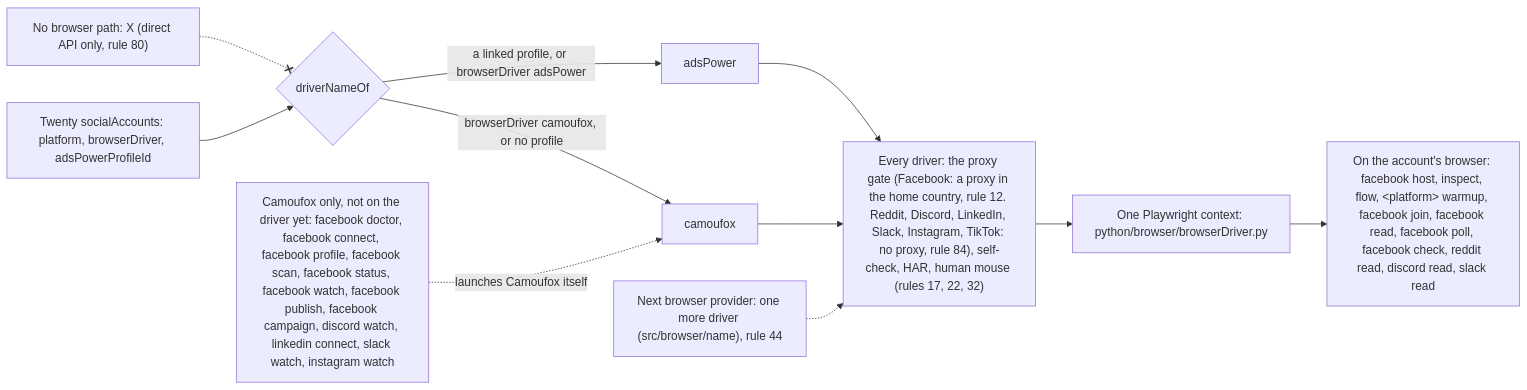
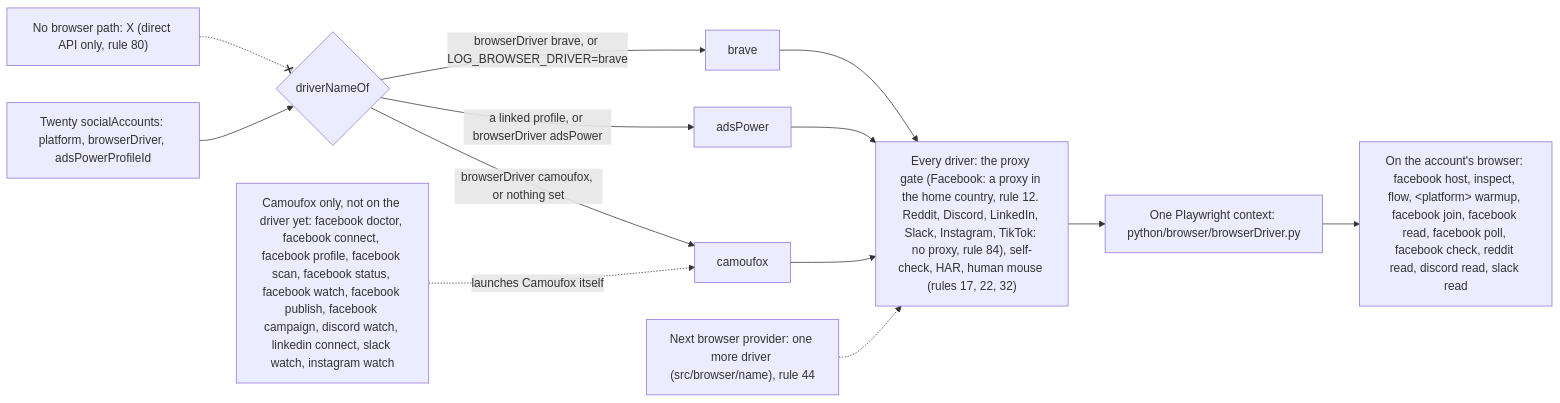
The diagram in docs/diagrams/browsers.mmd (aggelos-pappas/log), drawn with Mermaid before and after one commit. The commit also changed 64 other files, not shown here.

```diff
--- a/docs/diagrams/browsers.mmd
+++ b/docs/diagrams/browsers.mmd
@@ -1,19 +1,21 @@
 %% The browser layer. log-cli is browser-agnostic: each account's browser is a driver picked from Twenty, AdsPower first, and every driver opens through the same gates. Whether the gate needs a proxy is the platform's (`PLATFORM_SITES`). From `BROWSER_DRIVERS` (`src/browser/driver`) and `commandBrowser` (`src/browser/run`).
 %% Written by `bun run docs:build` from the code (rule 56). Not edited by hand.
 flowchart LR
   twenty["Twenty socialAccounts: platform, browserDriver, adsPowerProfileId"]
   pick{"driverNameOf"}
   gates["Every driver: the proxy gate (Facebook: a proxy in the home country, rule 12. Reddit, Discord, LinkedIn, Slack, Instagram, TikTok: no proxy, rule 84), self-check, HAR, human mouse (rules 17, 22, 32)"]
   session["One Playwright context: python/browser/browserDriver.py"]
   twenty --> pick
-  pick -->|"browserDriver camoufox, or no profile"| d_camoufox["camoufox"]
+  pick -->|"browserDriver camoufox, or nothing set"| d_camoufox["camoufox"]
   pick -->|"a linked profile, or browserDriver adsPower"| d_adsPower["adsPower"]
+  pick -->|"browserDriver brave, or LOG_BROWSER_DRIVER=brave"| d_brave["brave"]
   d_camoufox --> gates
   d_adsPower --> gates
+  d_brave --> gates
   more["Next browser provider: one more driver (src/browser/name), rule 44"] -.-> gates
   gates --> session
   account["On the account's browser: facebook host, inspect, flow, #lt;platform#gt; warmup, facebook join, facebook read, facebook poll, facebook check, reddit read, discord read, slack read"]
   camoufox["Camoufox only, not on the driver yet: facebook doctor, facebook connect, facebook profile, facebook scan, facebook status, facebook watch, facebook publish, facebook campaign, discord watch, linkedin connect, slack watch, instagram watch"]
   session --> account
   camoufox -.->|"launches Camoufox itself"| d_camoufox
   nobrowser["No browser path: X (direct API only, rule 80)"] -.-x pick
```
